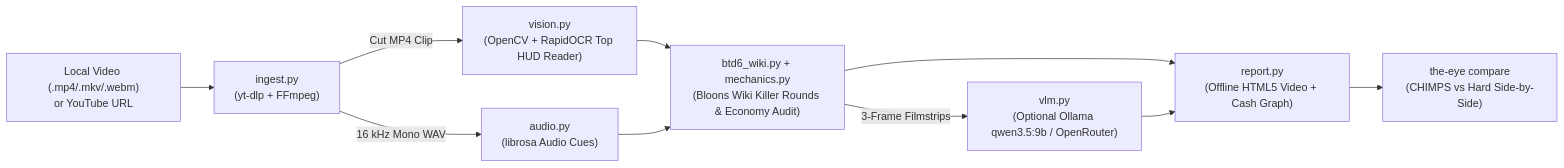
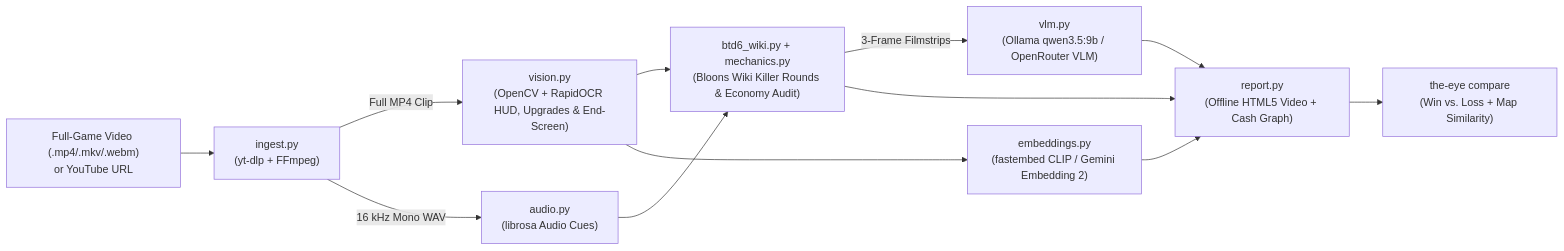
Before and after one commit to Alonlevy01/The-Eye: the diagram in README.md, drawn with Mermaid. The commit also changed other lines of this file and 37 other files, not shown here.

````diff
--- a/README.md
+++ b/README.md
@@ -9,12 +9,14 @@
 ```mermaid
 flowchart LR
-    Input["Local Video (.mp4/.mkv/.webm)<br/>or YouTube URL"] --> Ingest["ingest.py<br/>(yt-dlp + FFmpeg)"]
-    Ingest -->|"Cut MP4 Clip"| OCR["vision.py<br/>(OpenCV + RapidOCR Top HUD Reader)"]
+    Input["Full-Game Video (.mp4/.mkv/.webm)<br/>or YouTube URL"] --> Ingest["ingest.py<br/>(yt-dlp + FFmpeg)"]
+    Ingest -->|"Full MP4 Clip"| OCR["vision.py<br/>(OpenCV + RapidOCR HUD, Upgrades & End-Screen)"]
     Ingest -->|"16 kHz Mono WAV"| Audio["audio.py<br/>(librosa Audio Cues)"]
     OCR --> Wiki["btd6_wiki.py + mechanics.py<br/>(Bloons Wiki Killer Rounds & Economy Audit)"]
     Audio --> Wiki
-    Wiki -->|"3-Frame Filmstrips"| VLM["vlm.py<br/>(Optional Ollama qwen3.5:9b / OpenRouter)"]
+    OCR --> Emb["embeddings.py<br/>(fastembed CLIP / Gemini Embedding 2)"]
+    Wiki -->|"3-Frame Filmstrips"| VLM["vlm.py<br/>(Ollama qwen3.5:9b / OpenRouter VLM)"]
     Wiki --> Report["report.py<br/>(Offline HTML5 Video + Cash Graph)"]
+    Emb --> Report
     VLM --> Report
-    Report --> Compare["the-eye compare<br/>(CHIMPS vs Hard Side-by-Side)"]
+    Report --> Compare["the-eye compare<br/>(Win vs. Loss + Map Similarity)"]
 ```
````
